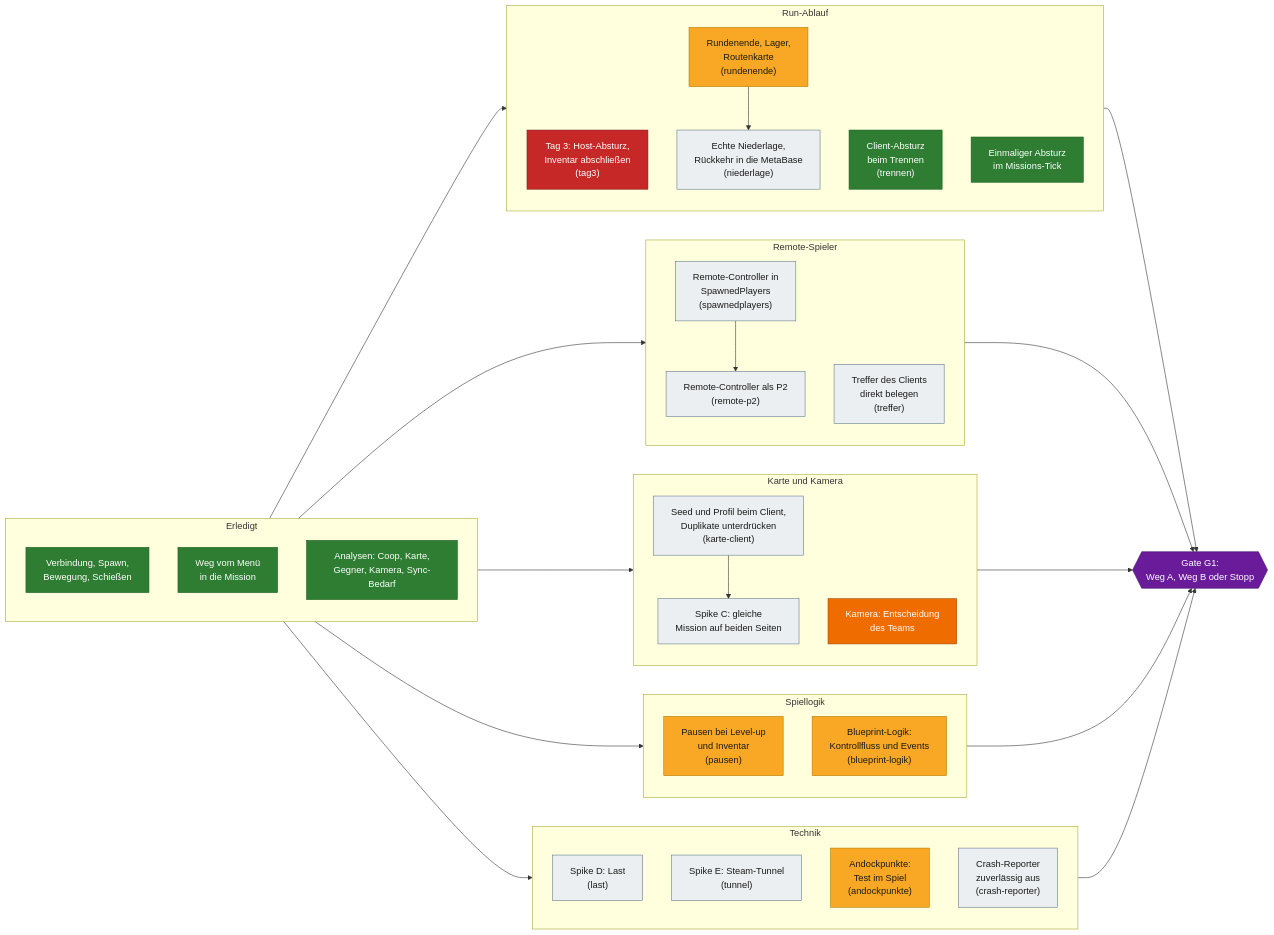
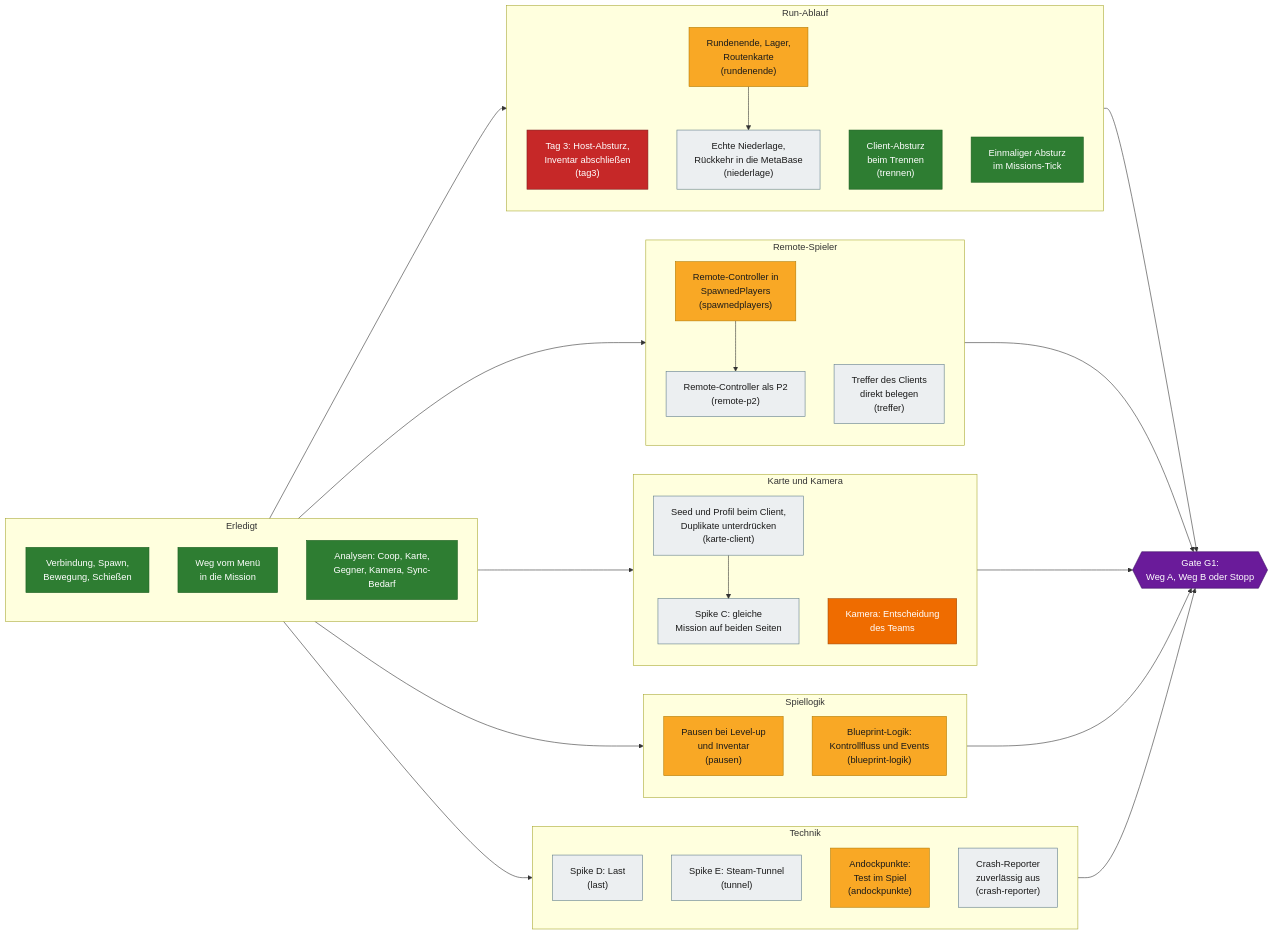
Before and after one commit to VitaminStack/Deadly-Days-Roadtrip-Multiplayer-Mod: the second of 4 diagrams in docs/ROADMAP.md, drawn with Mermaid. The commit also changed other lines of this file and 10 other files, not shown here.

Commit message:
spike: reconcile SpawnedPlayers with native set bookkeeping

````diff
--- a/docs/ROADMAP.md
+++ b/docs/ROADMAP.md
@@ -71,64 +73,64 @@
 ```mermaid
 flowchart LR
     subgraph BASIS["Erledigt"]
         A1["Verbindung, Spawn,<br/>Bewegung, Schießen"]:::done
         A2["Weg vom Menü<br/>in die Mission"]:::done
         A3["Analysen: Coop, Karte,<br/>Gegner, Kamera, Sync-Bedarf"]:::done
     end
 
     subgraph RUN["Run-Ablauf"]
         T3["Tag 3: Host-Absturz,<br/>Inventar abschließen<br/>(tag3)"]:::blocker
         RE["Rundenende, Lager,<br/>Routenkarte<br/>(rundenende)"]:::wip
         NI["Echte Niederlage,<br/>Rückkehr in die MetaBase<br/>(niederlage)"]:::open
         TR["Client-Absturz<br/>beim Trennen<br/>(trennen)"]:::done
         MT["Einmaliger Absturz<br/>im Missions-Tick"]:::done
         RE --> NI
     end
 
     subgraph SPIELER["Remote-Spieler"]
-        SP["Remote-Controller in<br/>SpawnedPlayers<br/>(spawnedplayers)"]:::open
+        SP["Remote-Controller in<br/>SpawnedPlayers<br/>(spawnedplayers)"]:::wip
         RP["Remote-Controller als P2<br/>(remote-p2)"]:::open
         TF["Treffer des Clients<br/>direkt belegen<br/>(treffer)"]:::open
         SP --> RP
     end
 
     subgraph WELT["Karte und Kamera"]
         KC["Seed und Profil beim Client,<br/>Duplikate unterdrücken<br/>(karte-client)"]:::open
         SC["Spike C: gleiche<br/>Mission auf beiden Seiten"]:::open
         KE["Kamera: Entscheidung<br/>des Teams"]:::decision
         KC --> SC
     end
 
     subgraph LOGIK["Spiellogik"]
         PA["Pausen bei Level-up<br/>und Inventar<br/>(pausen)"]:::wip
         BP["Blueprint-Logik:<br/>Kontrollfluss und Events<br/>(blueprint-logik)"]:::wip
     end
 
     subgraph TECHNIK["Technik"]
         LA["Spike D: Last<br/>(last)"]:::open
         TU["Spike E: Steam-Tunnel<br/>(tunnel)"]:::open
         AP["Andockpunkte:<br/>Test im Spiel<br/>(andockpunkte)"]:::wip
         CR["Crash-Reporter<br/>zuverlässig aus<br/>(crash-reporter)"]:::open
     end
 
     BASIS --> RUN
     BASIS --> SPIELER
     BASIS --> WELT
     BASIS --> LOGIK
     BASIS --> TECHNIK
 
     RUN --> G1
     SPIELER --> G1
     WELT --> G1
     LOGIK --> G1
     TECHNIK --> G1
 
     G1{{"Gate G1:<br/>Weg A, Weg B oder Stopp"}}:::gate
 
     classDef done fill:#2e7d32,stroke:#1b5e20,color:#ffffff
     classDef wip fill:#f9a825,stroke:#b27a00,color:#1a1a1a
     classDef open fill:#eceff1,stroke:#607d8b,color:#1a1a1a
     classDef blocker fill:#c62828,stroke:#7f1d1d,color:#ffffff
     classDef decision fill:#ef6c00,stroke:#a34800,color:#ffffff
     classDef gate fill:#6a1b9a,stroke:#3e1163,color:#ffffff
 ```
````
